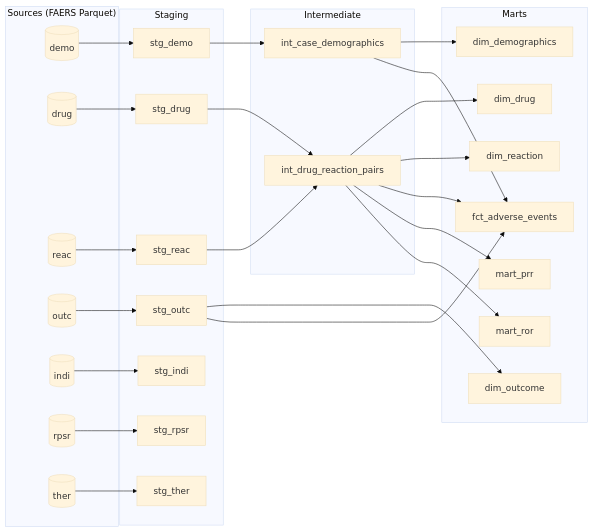
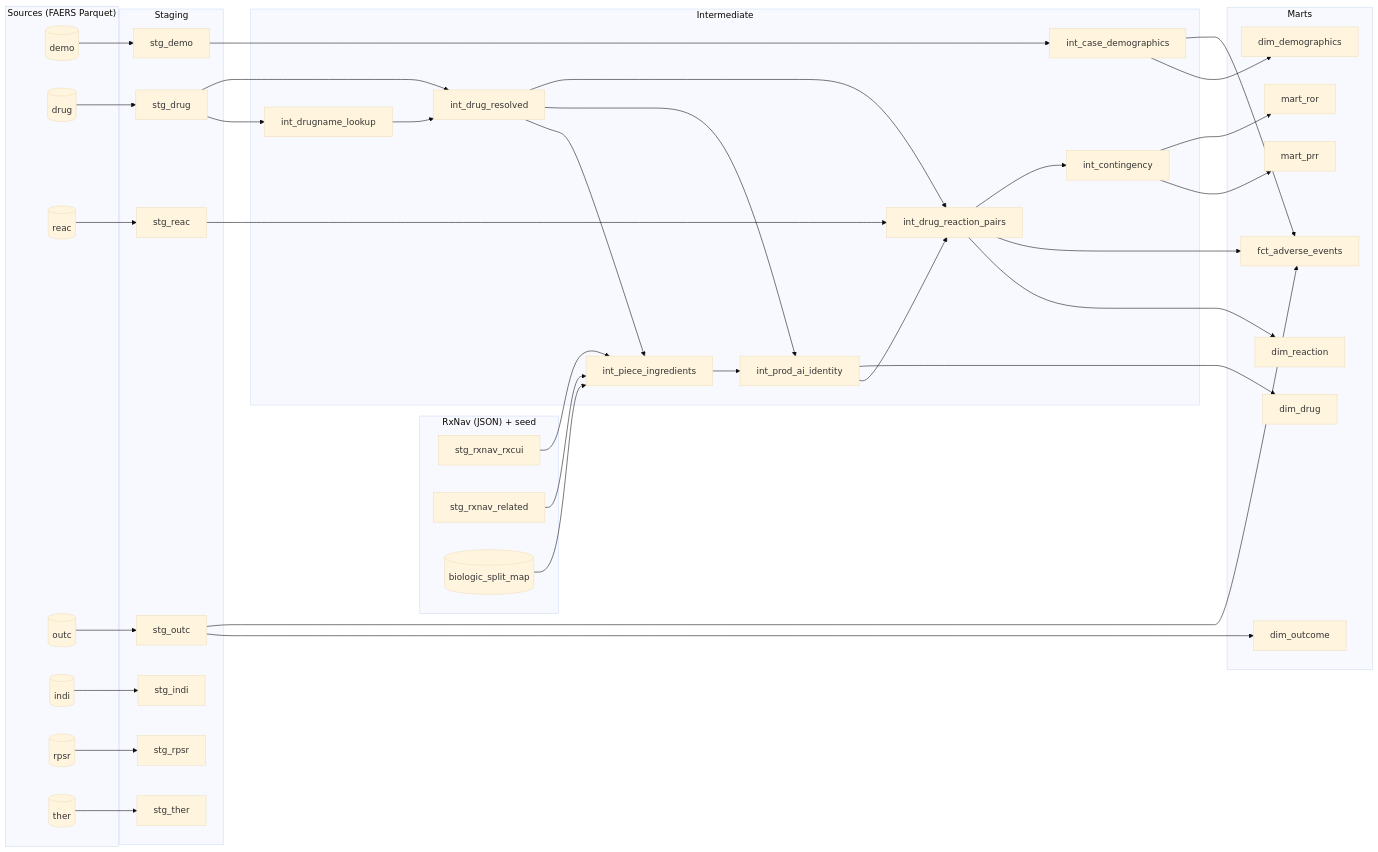
The second of 2 diagrams in docs/star_schema.md (DeanKuhn/pharmawatch), drawn with Mermaid (base theme) before and after one commit. The commit also changed other lines of this file, not shown here.

Commit message:
new columns for certain table regarding identity logic

````diff
--- a/docs/star_schema.md
+++ b/docs/star_schema.md
@@ -17,59 +17,82 @@
 ```mermaid
 flowchart LR
     subgraph sources["Sources (FAERS Parquet)"]
         demo[(demo)]
         drug[(drug)]
         reac[(reac)]
         outc[(outc)]
         indi[(indi)]
         rpsr[(rpsr)]
         ther[(ther)]
     end
 
     subgraph staging["Staging"]
         stg_demo[stg_demo]
         stg_drug[stg_drug]
         stg_reac[stg_reac]
         stg_outc[stg_outc]
         stg_indi[stg_indi]
         stg_rpsr[stg_rpsr]
         stg_ther[stg_ther]
     end
 
+    subgraph rxnav["RxNav (JSON) + seed"]
+        stg_rxcui[stg_rxnav_rxcui]
+        stg_related[stg_rxnav_related]
+        seed_map[(biologic_split_map)]
+    end
+
     subgraph intermediate["Intermediate"]
+        int_lookup[int_drugname_lookup]
+        int_resolved[int_drug_resolved]
+        int_pieces[int_piece_ingredients]
+        int_identity[int_prod_ai_identity]
         int_pairs[int_drug_reaction_pairs]
+        int_cont[int_contingency]
         int_demo[int_case_demographics]
     end
 
     subgraph marts["Marts"]
         dim_drug[dim_drug]
         dim_reaction[dim_reaction]
         dim_outcome[dim_outcome]
         dim_demographics[dim_demographics]
         fct[fct_adverse_events]
         prr[mart_prr]
         ror[mart_ror]
     end
 
     demo --> stg_demo
     drug --> stg_drug
     reac --> stg_reac
     outc --> stg_outc
     indi --> stg_indi
     rpsr --> stg_rpsr
     ther --> stg_ther
 
-    stg_drug --> int_pairs
+    stg_drug --> int_lookup
+    stg_drug --> int_resolved
+    int_lookup --> int_resolved
+    int_resolved --> int_pieces
+    stg_rxcui --> int_pieces
+    stg_related --> int_pieces
+    seed_map --> int_pieces
+    int_resolved --> int_identity
+    int_pieces --> int_identity
+
+    int_resolved --> int_pairs
+    int_identity --> int_pairs
     stg_reac --> int_pairs
     stg_demo --> int_demo
 
-    int_pairs --> dim_drug
+    int_identity --> dim_drug
     int_pairs --> dim_reaction
     int_pairs --> fct
-    int_pairs --> prr
-    int_pairs --> ror
+    int_pairs --> int_cont
+    int_cont --> prr
+    int_cont --> ror
     int_demo --> dim_demographics
     int_demo --> fct
     stg_outc --> dim_outcome
     stg_outc --> fct
 ```
````
